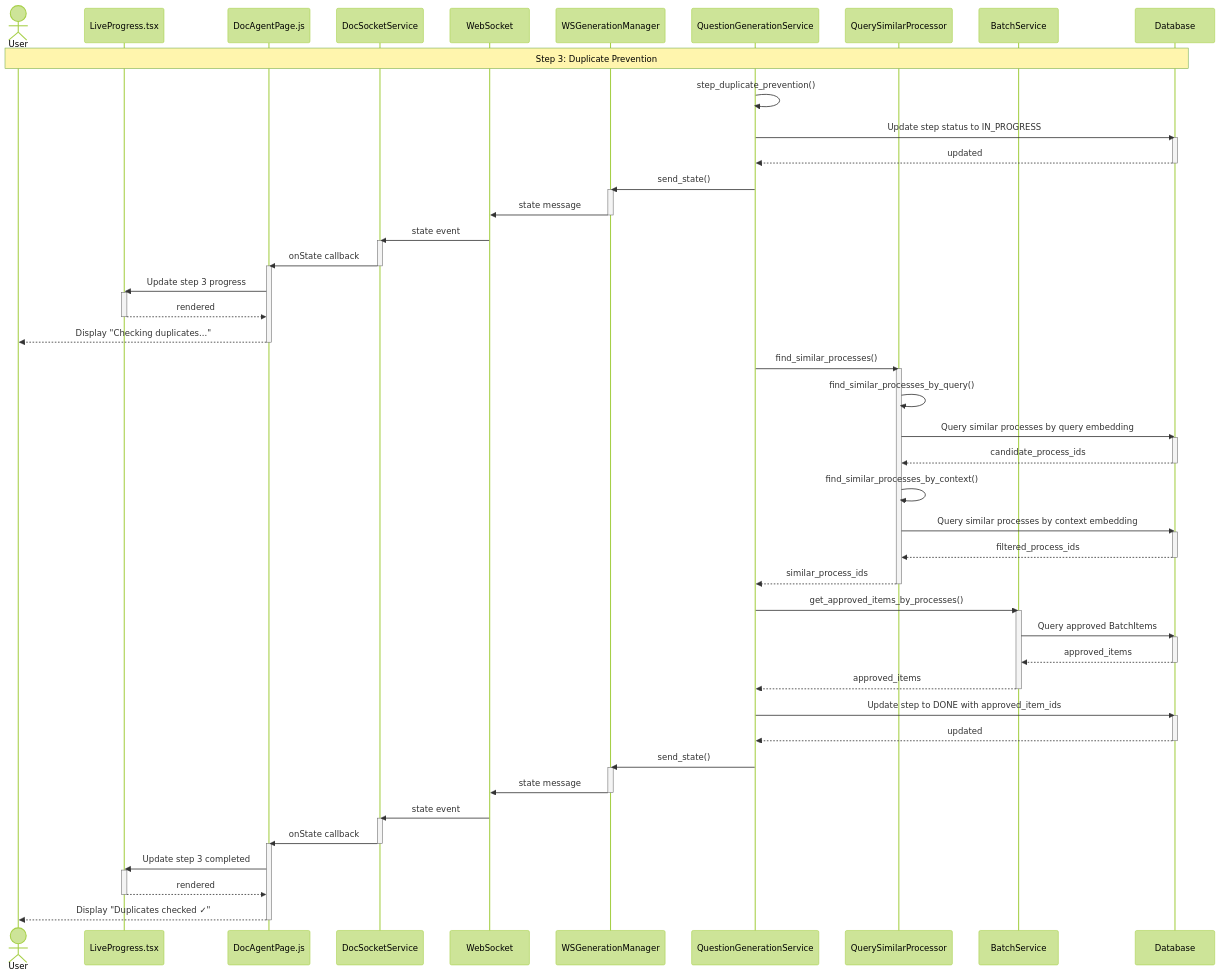
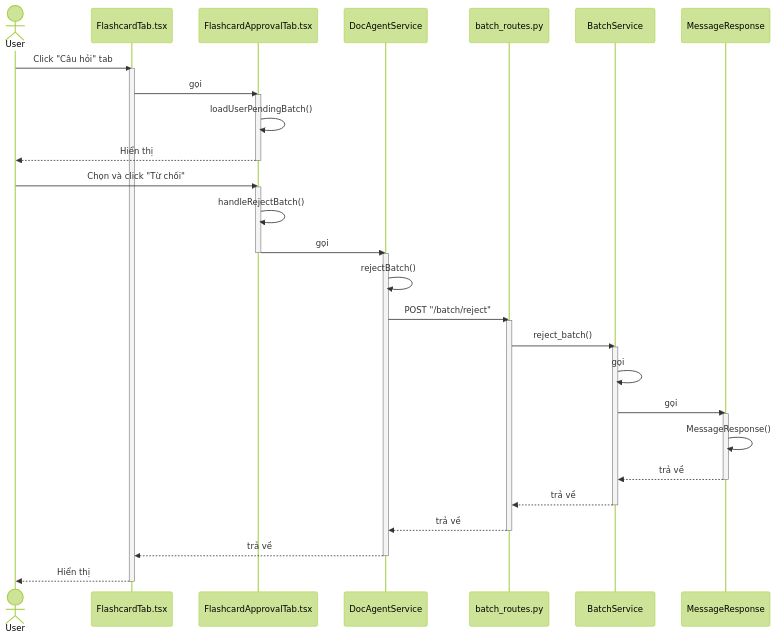
One commit to mduc-2610/gp_doc changed the third of 10 diagrams in generation/4_generation_batch_seq.md. Above: the diagram before and after it, drawn with Mermaid (forest theme). The commit also changed other lines of this file and 34 other files, not shown here.

````diff
--- a/generation/4_generation_batch_seq.md
+++ b/generation/4_generation_batch_seq.md
@@ -465,86 +143,55 @@
 ```mermaid
 sequenceDiagram
     actor User
-    participant LiveProgress as LiveProgress.tsx
-    participant DocAgentPage as DocAgentPage.js
-    participant DocSocketService as DocSocketService
-    participant WebSocket as WebSocket
-    participant WSManager as WSGenerationManager
-    participant QuestionGenService as QuestionGenerationService
-    participant QuerySimilarProcessor as QuerySimilarProcessor
+    participant FlashcardTab as FlashcardTab.tsx
+    participant FlashcardApprovalTab as FlashcardApprovalTab.tsx
+    participant DocAgentService as DocAgentService
+    participant BatchRoutes as batch_routes.py
     participant BatchService as BatchService
-    participant DB as Database
+    participant MessageResponse as MessageResponse
 
-    Note over User,DB: Step 3: Duplicate Prevention
-    QuestionGenService->>QuestionGenService: step_duplicate_prevention()
-    QuestionGenService->>DB: Update step status to IN_PROGRESS
-    activate DB
-    DB-->>QuestionGenService: updated
-    deactivate DB
+    User->>FlashcardTab: Click "Câu hỏi" tab
+    activate FlashcardTab
     
-    QuestionGenService->>WSManager: send_state()
-    activate WSManager
-    WSManager->>WebSocket: state message
-    deactivate WSManager
+    FlashcardTab->>FlashcardApprovalTab: gọi
+    activate FlashcardApprovalTab
     
-    WebSocket->>DocSocketService: state event
-    activate DocSocketService
-    DocSocketService->>DocAgentPage: onState callback
-    deactivate DocSocketService
+    FlashcardApprovalTab->>FlashcardApprovalTab: loadUserPendingBatch()
+    FlashcardApprovalTab-->>User: Hiển thị
+    deactivate FlashcardApprovalTab
     
-    activate DocAgentPage
-    DocAgentPage->>LiveProgress: Update step 3 progress
-    activate LiveProgress
-    LiveProgress-->>DocAgentPage: rendered
-    deactivate LiveProgress
-    DocAgentPage-->>User: Display "Checking duplicates..."
-    deactivate DocAgentPage
+    User->>FlashcardApprovalTab: Chọn và click "Từ chối"
+    activate FlashcardApprovalTab
     
-    QuestionGenService->>QuerySimilarProcessor: find_similar_processes()
-    activate QuerySimilarProcessor
-    QuerySimilarProcessor->>QuerySimilarProcessor: find_similar_processes_by_query()
-    QuerySimilarProcessor->>DB: Query similar processes by query embedding
-    activate DB
-    DB-->>QuerySimilarProcessor: candidate_process_ids
-    deactivate DB
+    FlashcardApprovalTab->>FlashcardApprovalTab: handleRejectBatch()
+    FlashcardApprovalTab->>DocAgentService: gọi
+    deactivate FlashcardApprovalTab
+    activate DocAgentService
     
-    QuerySimilarProcessor->>QuerySimilarProcessor: find_similar_processes_by_context()
-    QuerySimilarProcessor->>DB: Query similar processes by context embedding
-    activate DB
-    DB-->>QuerySimilarProcessor: filtered_process_ids
-    deactivate DB
-    QuerySimilarProcessor-->>QuestionGenService: similar_process_ids
-    deactivate QuerySimilarProcessor
+    DocAgentService->>DocAgentService: rejectBatch()
+    DocAgentService->>BatchRoutes: POST "/batch/reject"
+    activate BatchRoutes
     
-    QuestionGenService->>BatchService: get_approved_items_by_processes()
+    BatchRoutes->>BatchService: reject_batch()
     activate BatchService
-    BatchService->>DB: Query approved BatchItems
-    activate DB
-    DB-->>BatchService: approved_items
-    deactivate DB
-    BatchService-->>QuestionGenService: approved_items
+    
+    BatchService->>BatchService: gọi
+    BatchService->>MessageResponse: gọi
+    activate MessageResponse
+    
+    MessageResponse->>MessageResponse: MessageResponse()
+    MessageResponse-->>BatchService: trả về
+    deactivate MessageResponse
+    
+    BatchService-->>BatchRoutes: trả về
     deactivate BatchService
     
-    QuestionGenService->>DB: Update step to DONE with approved_item_ids
-    activate DB
-    DB-->>QuestionGenService: updated
-    deactivate DB
+    BatchRoutes-->>DocAgentService: trả về
+    deactivate BatchRoutes
     
-    QuestionGenService->>WSManager: send_state()
-    activate WSManager
-    WSManager->>WebSocket: state message
-    deactivate WSManager
+    DocAgentService-->>FlashcardTab: trả về
+    deactivate DocAgentService
     
-    WebSocket->>DocSocketService: state event
-    activate DocSocketService
-    DocSocketService->>DocAgentPage: onState callback
-    deactivate DocSocketService
-    
-    activate DocAgentPage
-    DocAgentPage->>LiveProgress: Update step 3 completed
-    activate LiveProgress
-    LiveProgress-->>DocAgentPage: rendered
-    deactivate LiveProgress
-    DocAgentPage-->>User: Display "Duplicates checked ✓"
-    deactivate DocAgentPage
+    FlashcardTab-->>User: Hiển thị
+    deactivate FlashcardTab
 ```
````
